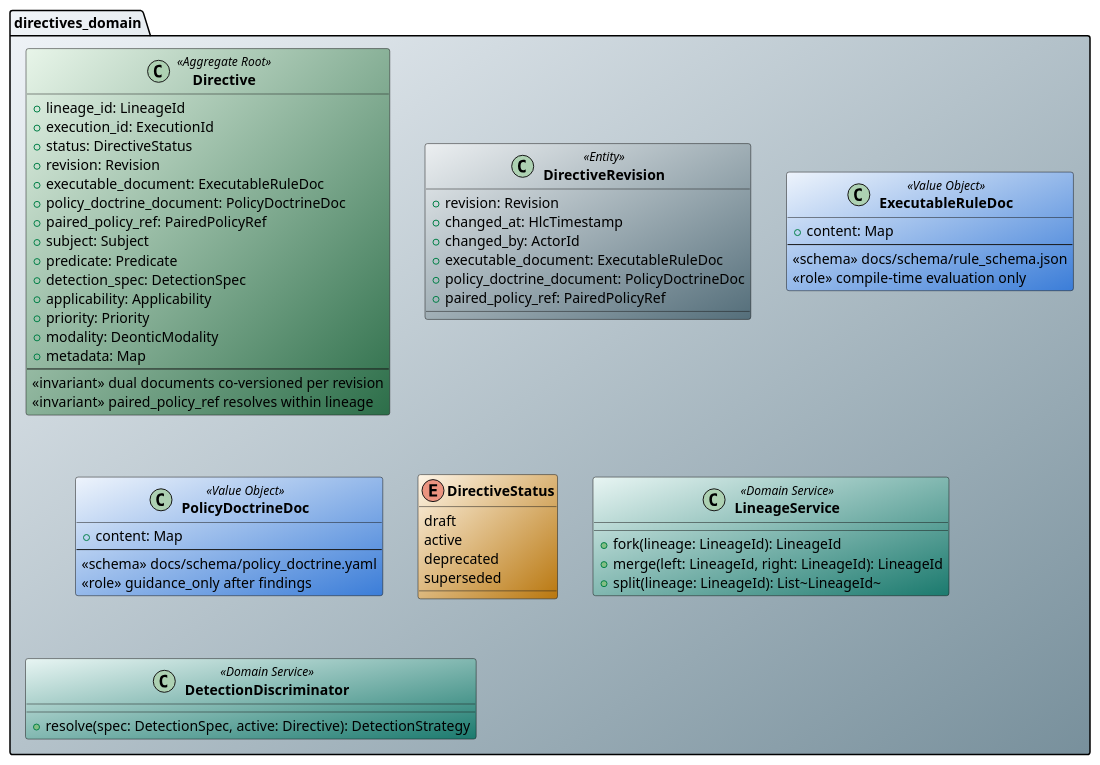
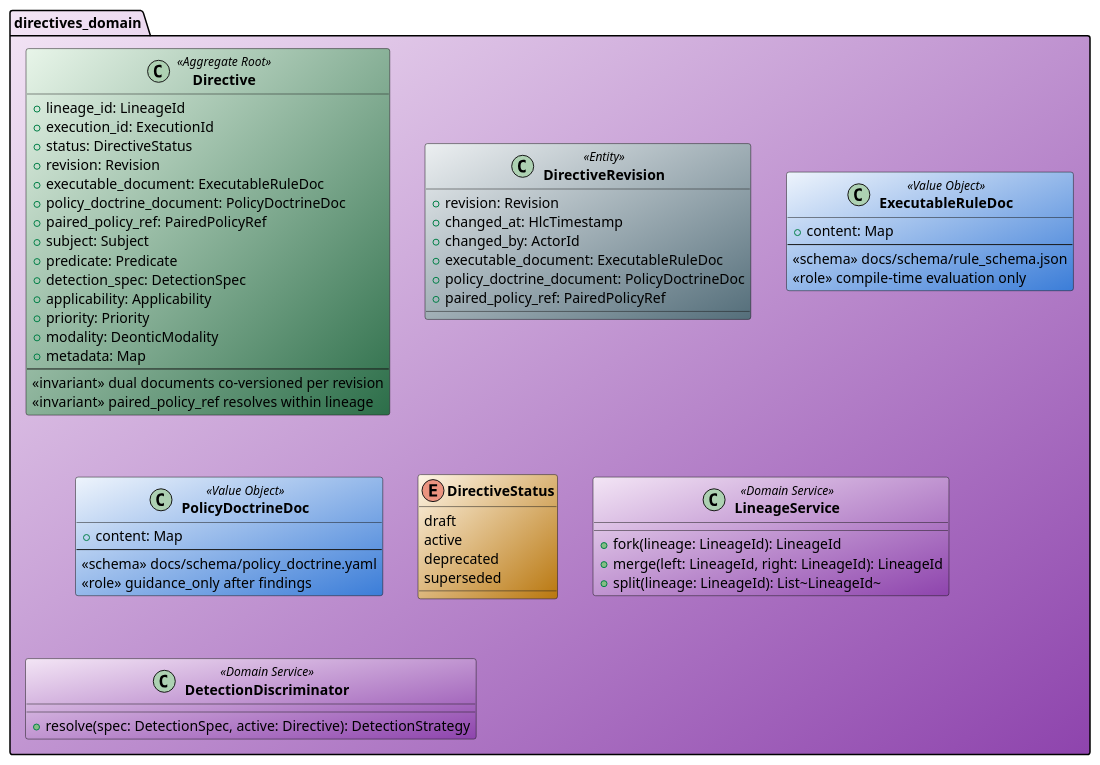
One commit to salimnamvar/selma changed the diagram in docs/class/common/cd_section_domain_directives.puml. Above: the diagram before and after it, drawn with PlantUML. The commit also changed 34 other files, not shown here.

```diff
--- a/docs/class/common/cd_section_domain_directives.puml
+++ b/docs/class/common/cd_section_domain_directives.puml
@@ -1,70 +1,70 @@
 ' ============================================================
 ' Section: cd_section_domain_directives.puml
 ' ============================================================
 
-package "directives_domain" as DOM_DIR #F0F4F8/78909C {
+package "directives_domain" as DOM_DIR #F3E5F5/8E44AD {
 
   class "**Directive**" as Directive <<Aggregate Root>> #E8F5E9/2C6E49 {
     + lineage_id: LineageId
     + execution_id: ExecutionId
     + status: DirectiveStatus
     + revision: Revision
     + executable_document: ExecutableRuleDoc
     + policy_doctrine_document: PolicyDoctrineDoc
     + paired_policy_ref: PairedPolicyRef
     + subject: Subject
     + predicate: Predicate
     + detection_spec: DetectionSpec
     + applicability: Applicability
     + priority: Priority
     + modality: DeonticModality
     + metadata: Map
     --
     <<invariant>> dual documents co-versioned per revision
     <<invariant>> paired_policy_ref resolves within lineage
   }
 
   class "**DirectiveRevision**" as DirectiveRevision <<Entity>> #ECEFF1/546E7A {
     + revision: Revision
     + changed_at: HlcTimestamp
     + changed_by: ActorId
     + executable_document: ExecutableRuleDoc
     + policy_doctrine_document: PolicyDoctrineDoc
     + paired_policy_ref: PairedPolicyRef
   }
 
   class "**ExecutableRuleDoc**" as ExecutableRuleDoc <<Value Object>> #EEF4FC/3B7DD8 {
     + content: Map
     --
     <<schema>> docs/schema/rule_schema.json
     <<role>> compile-time evaluation only
   }
 
   class "**PolicyDoctrineDoc**" as PolicyDoctrineDoc <<Value Object>> #EEF4FC/3B7DD8 {
     + content: Map
     --
     <<schema>> docs/schema/policy_doctrine.yaml
     <<role>> guidance_only after findings
   }
 
   enum "**DirectiveStatus**" as DirectiveStatus #FEF5E7/B9770E {
     draft
     active
     deprecated
     superseded
   }
 
-  class "**LineageService**" as LineageService <<Domain Service>> #E8F5F3/1B7A6E {
+  class "**LineageService**" as LineageService <<Domain Service>> #F3E5F5/8E44AD {
     + fork(lineage: LineageId): LineageId
     + merge(left: LineageId, right: LineageId): LineageId
     + split(lineage: LineageId): List~LineageId~
   }
 
-  class "**DetectionDiscriminator**" as DetectionDiscriminator <<Domain Service>> #E8F5F3/1B7A6E {
+  class "**DetectionDiscriminator**" as DetectionDiscriminator <<Domain Service>> #F3E5F5/8E44AD {
     + resolve(spec: DetectionSpec, active: Directive): DetectionStrategy
   }
 }
 
 ' ═══════════════════════════════════════════════════════════
 '  compiled_rules_domain
 ' ═══════════════════════════════════════════════════════════
```
